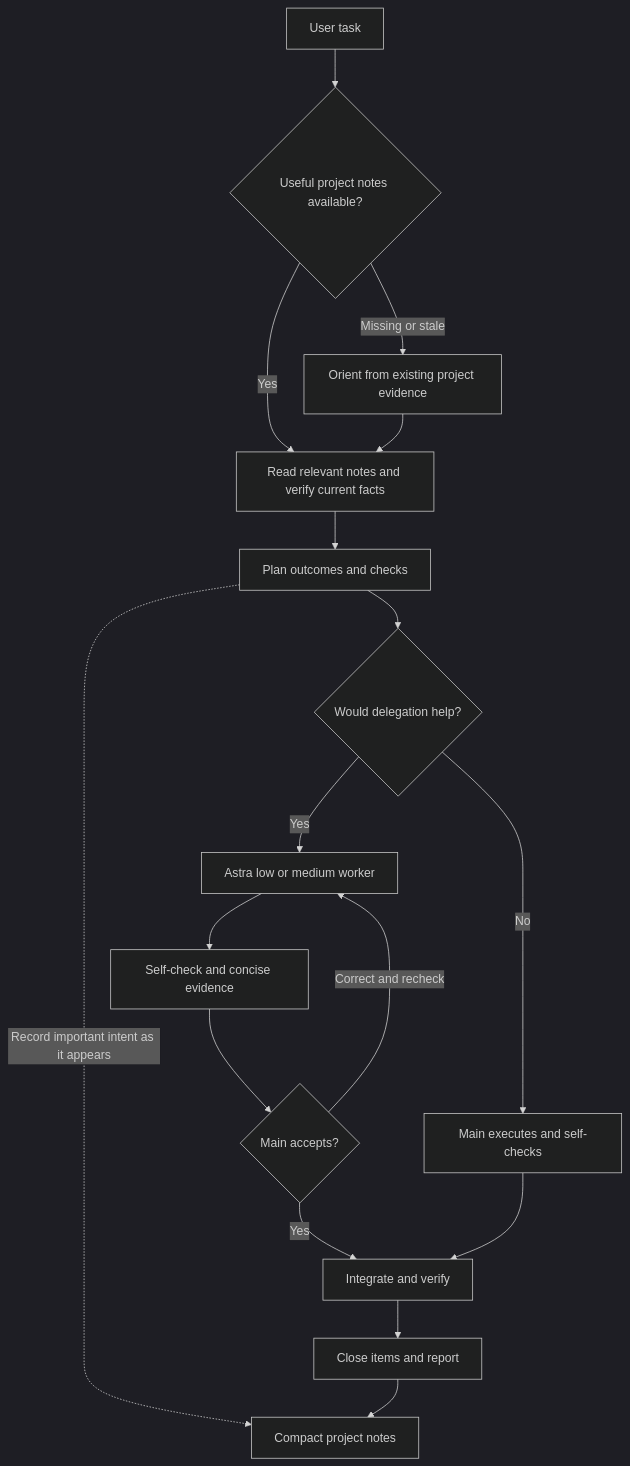
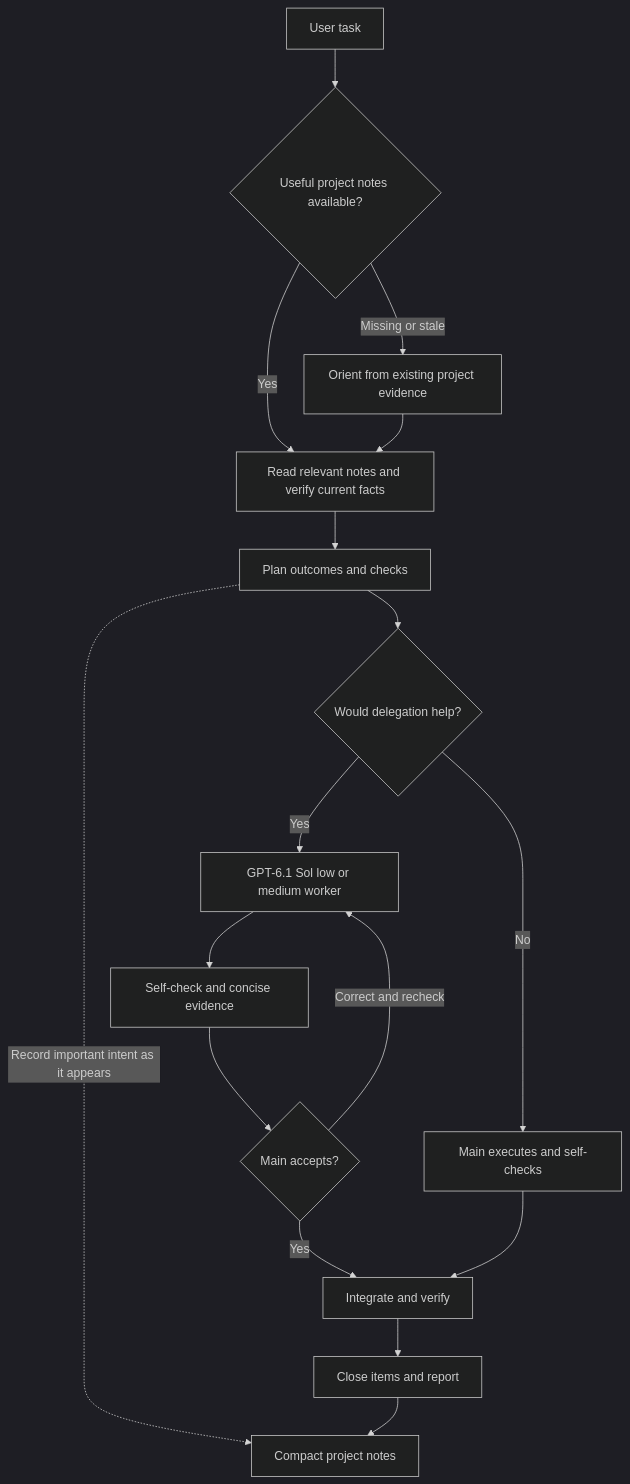
Before and after one commit to HakanBabus/AgentMaxxing: the diagram in README.md, drawn with Mermaid (dark theme). The commit also changed other lines of this file and 13 other files, not shown here.

Commit message:
Correct worker model to GPT-6.1 Sol

````diff
--- a/README.md
+++ b/README.md
@@ -52,19 +52,19 @@
 ```mermaid
 flowchart TD
     A[User task] --> B{Useful project notes available?}
     B -->|Yes| C[Read relevant notes and verify current facts]
     B -->|Missing or stale| D[Orient from existing project evidence]
     D --> C
     C --> E[Plan outcomes and checks]
     E --> F{Would delegation help?}
     F -->|No| G[Main executes and self-checks]
-    F -->|Yes| H[Astra low or medium worker]
+    F -->|Yes| H[GPT-6.1 Sol low or medium worker]
     H --> I[Self-check and concise evidence]
     I --> J{Main accepts?}
     J -->|Correct and recheck| H
     J -->|Yes| K[Integrate and verify]
     G --> K
     K --> L[Close items and report]
     E -. Record important intent as it appears .-> M[Compact project notes]
     L --> M
 ```
````
